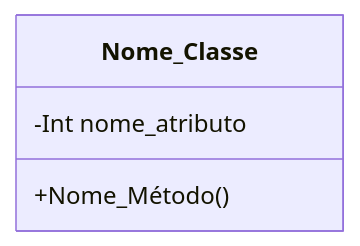
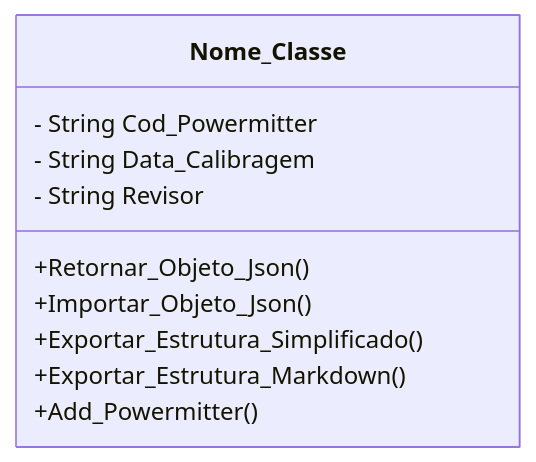
The diagram in DOCUMENTOS/Classe - Powermitter.md (ETECC-Telecom/ValtObsidian-Script-Moto), drawn with Mermaid before and after one commit. The commit also changed 3 other files, not shown here.

````diff
--- a/DOCUMENTOS/Classe - Powermitter.md
+++ b/DOCUMENTOS/Classe - Powermitter.md
@@ -36,8 +36,14 @@
 ```mermaid
 classDiagram
     class Nome_Classe{
-		-Int nome_atributo
+		- String Cod_Powermitter
+		- String Data_Calibragem
+		- String Revisor
       
-		+Nome_Método()
+		+Retornar_Objeto_Json()
+		+Importar_Objeto_Json()
+		+Exportar_Estrutura_Simplificado()
+		+Exportar_Estrutura_Markdown()
+		+Add_Powermitter()
     }
 ```
````
